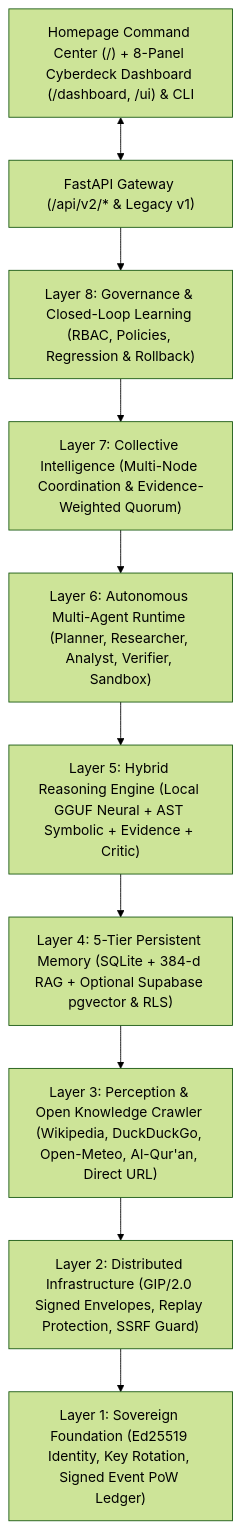
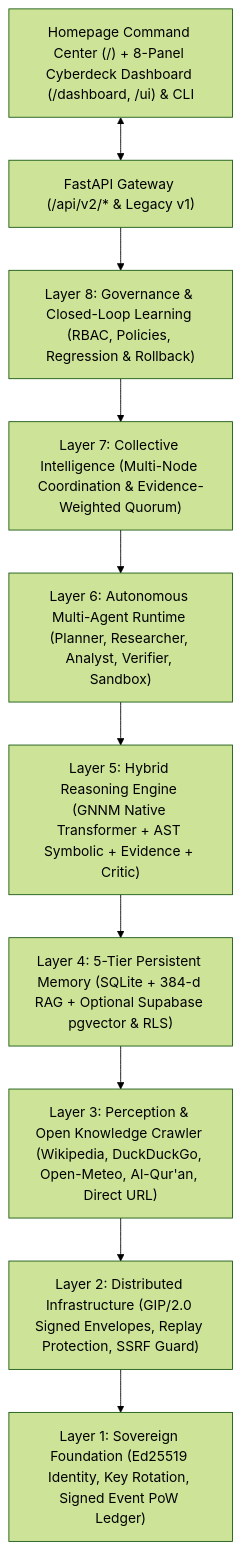
The diagram in ARCHITECTURE.md (hoed/gajahmada-ai), drawn with Mermaid (forest theme) before and after one commit. The commit also changed other lines of this file and 6 other files, not shown here.

````diff
--- a/ARCHITECTURE.md
+++ b/ARCHITECTURE.md
@@ -20,12 +20,12 @@
 ```mermaid
 flowchart TD
     UI["Homepage Command Center (/) + 8-Panel Cyberdeck Dashboard (/dashboard, /ui) & CLI"] <--> API["FastAPI Gateway (/api/v2/* & Legacy v1)"]
     API --> L8["Layer 8: Governance & Closed-Loop Learning (RBAC, Policies, Regression & Rollback)"]
     L8 --> L7["Layer 7: Collective Intelligence (Multi-Node Coordination & Evidence-Weighted Quorum)"]
     L7 --> L6["Layer 6: Autonomous Multi-Agent Runtime (Planner, Researcher, Analyst, Verifier, Sandbox)"]
-    L6 --> L5["Layer 5: Hybrid Reasoning Engine (Local GGUF Neural + AST Symbolic + Evidence + Critic)"]
+    L6 --> L5["Layer 5: Hybrid Reasoning Engine (GNNM Native Transformer + AST Symbolic + Evidence + Critic)"]
     L5 --> L4["Layer 4: 5-Tier Persistent Memory (SQLite + 384-d RAG + Optional Supabase pgvector & RLS)"]
     L4 --> L3["Layer 3: Perception & Open Knowledge Crawler (Wikipedia, DuckDuckGo, Open-Meteo, Al-Qur'an, Direct URL)"]
     L3 --> L2["Layer 2: Distributed Infrastructure (GIP/2.0 Signed Envelopes, Replay Protection, SSRF Guard)"]
     L2 --> L1["Layer 1: Sovereign Foundation (Ed25519 Identity, Key Rotation, Signed Event PoW Ledger)"]
 ```
````
